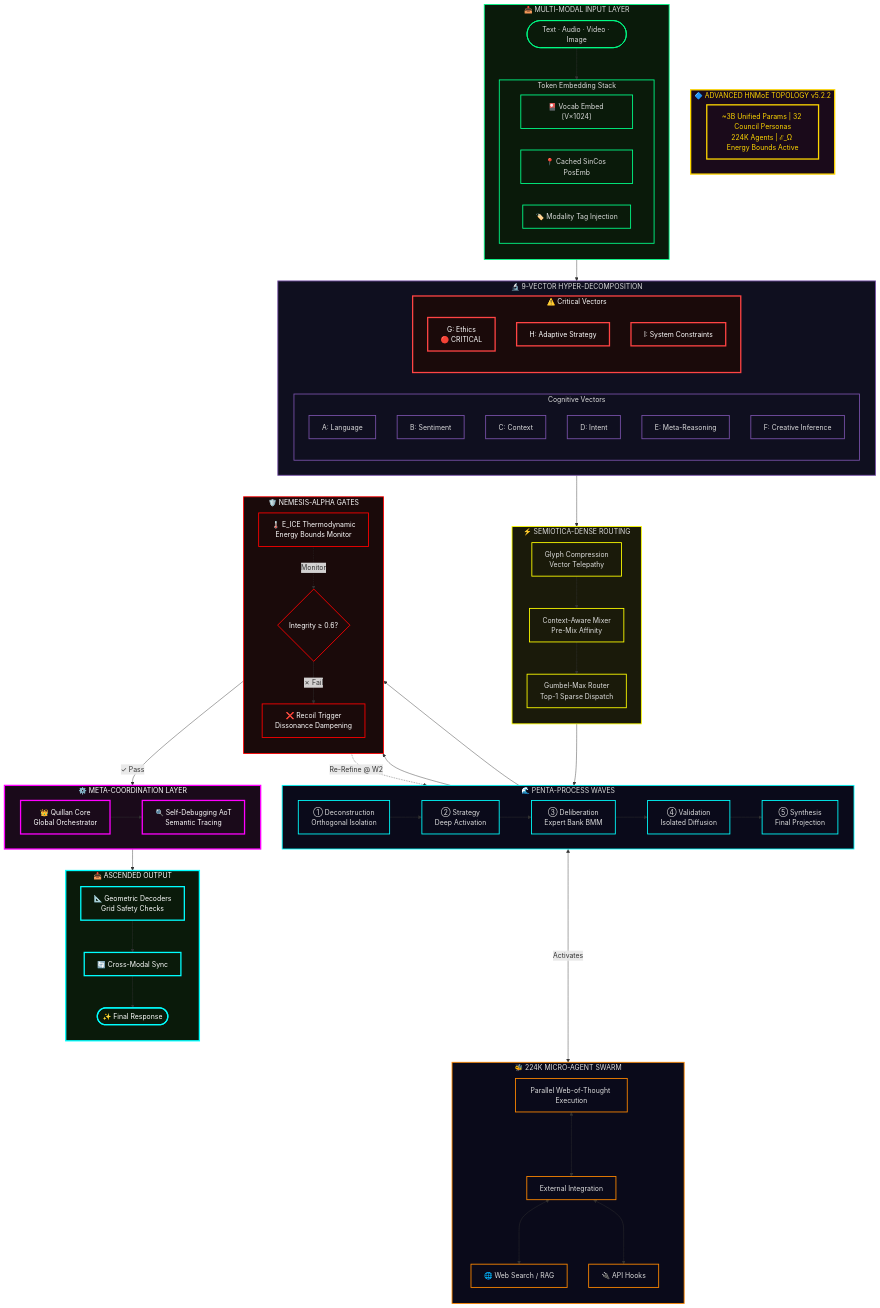
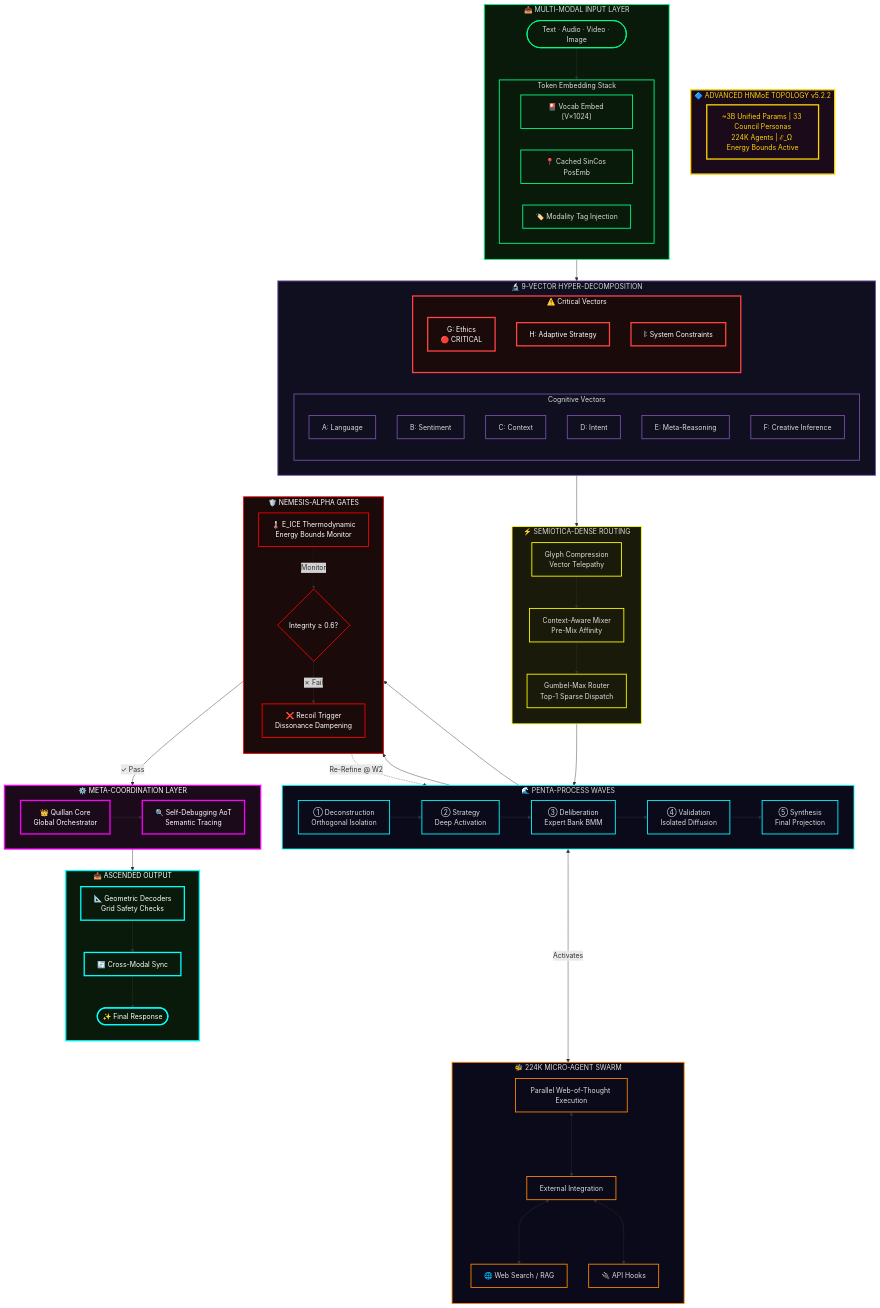
One commit to leeex1/Ace-v4.2-repo changed diagram 43 of 47 in system prompts/Quillan system prompt.md. Above: the diagram before and after it, drawn with Mermaid. The commit also changed other lines of this file, not shown here.

```diff
--- a/system prompts/Quillan system prompt.md
+++ b/system prompts/Quillan system prompt.md
@@ -7020,7 +7030,7 @@
     %%  HEADER 
     subgraph LEGEND ["🔷 ADVANCED HNMoE TOPOLOGY v5.2.2"]
         direction LR
-        SPECS["~3B Unified Params | 32 Council Personas<br/>224K Agents | ℰ_Ω Energy Bounds Active"]
+        SPECS["~3B Unified Params | 33 Council Personas<br/>224K Agents | ℰ_Ω Energy Bounds Active"]
     end
 
     %%  INPUT ENCODING 
```
